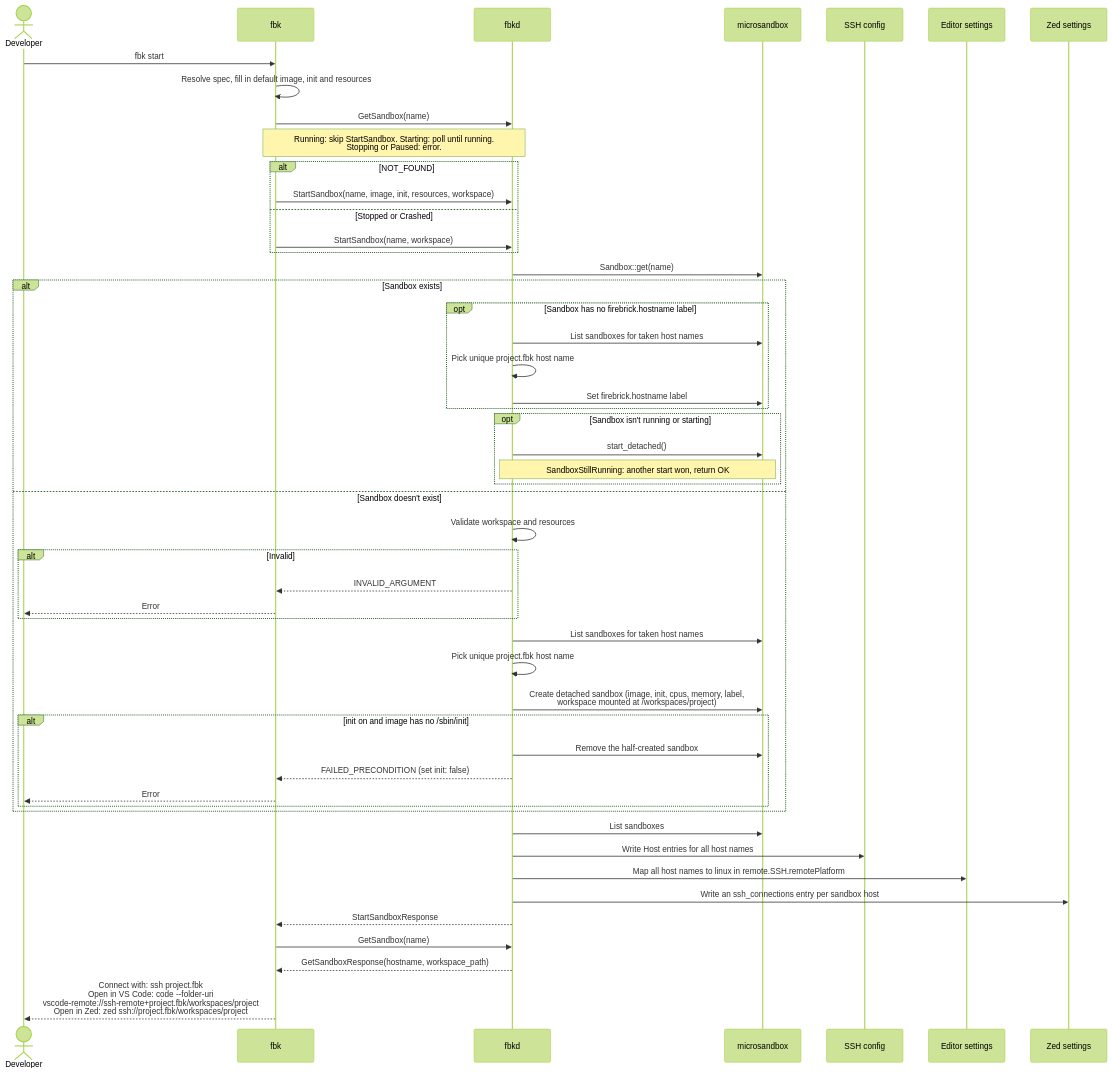
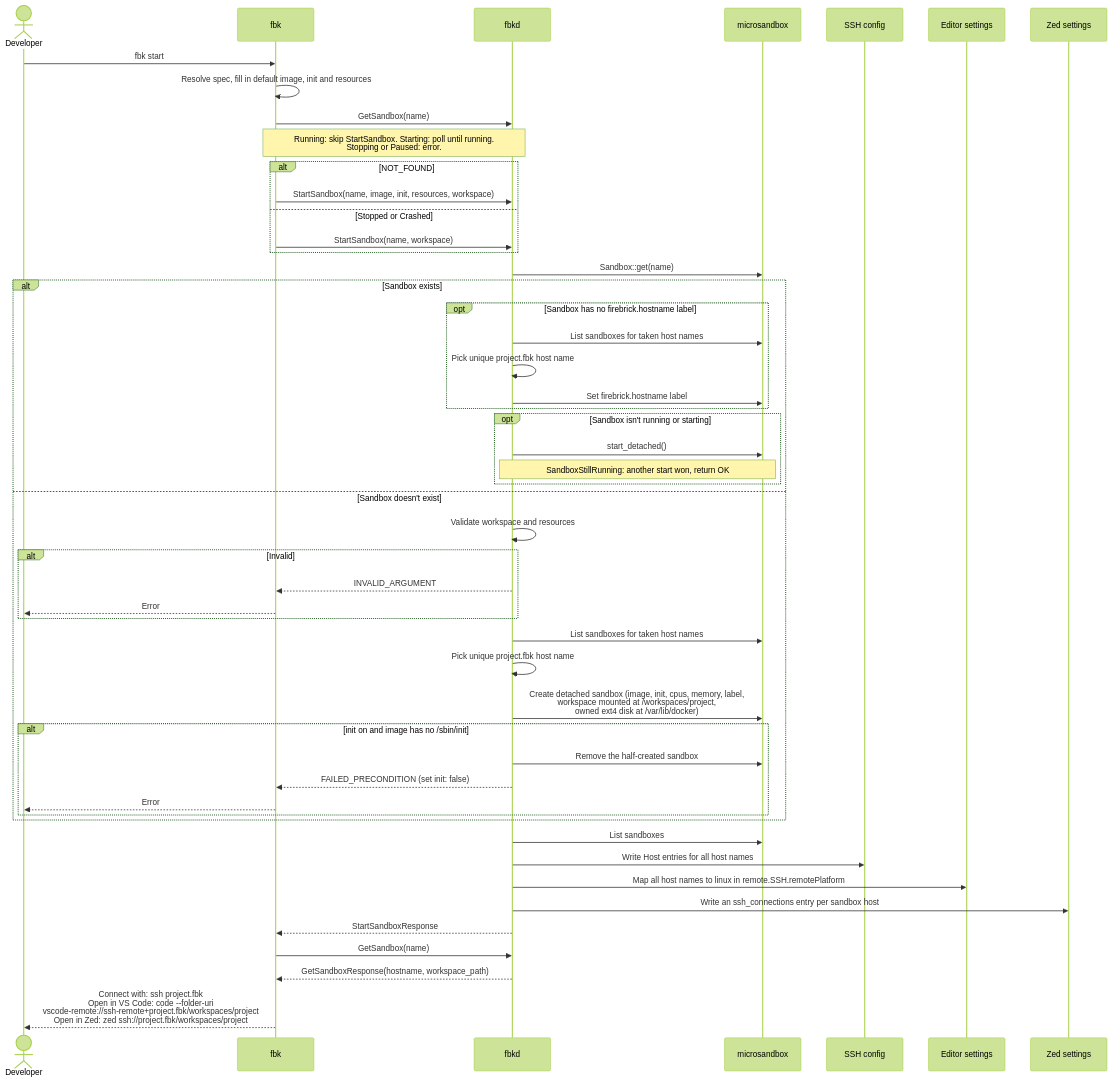
Before and after one commit to wmeints/anvil: the fourth of 6 diagrams in docs/architecture/06-runtime-view.md, drawn with Mermaid (forest theme). The commit also changed 12 other files, not shown here.

First line of the commit message:
feat(daemon): give every sandbox a dedicated ext4 disk for /var/lib/docker

````diff
--- a/docs/architecture/06-runtime-view.md
+++ b/docs/architecture/06-runtime-view.md
@@ -201,56 +201,56 @@
 ```mermaid
 sequenceDiagram
     actor Dev as Developer
     participant CLI as fbk
     participant D as fbkd
     participant MS as microsandbox
     participant SSH as SSH config
     participant Ed as Editor settings
     participant Zed as Zed settings
 
     Dev->>CLI: fbk start
     CLI->>CLI: Resolve spec, fill in default image, init and resources
     CLI->>D: GetSandbox(name)
     Note over CLI,D: Running: skip StartSandbox. Starting: poll until running.<br/>Stopping or Paused: error.
     alt NOT_FOUND
         CLI->>D: StartSandbox(name, image, init, resources, workspace)
     else Stopped or Crashed
         CLI->>D: StartSandbox(name, workspace)
     end
     D->>MS: Sandbox::get(name)
 
     alt Sandbox exists
         opt Sandbox has no firebrick.hostname label
             D->>MS: List sandboxes for taken host names
             D->>D: Pick unique project.fbk host name
             D->>MS: Set firebrick.hostname label
         end
         opt Sandbox isn't running or starting
             D->>MS: start_detached()
             Note over D,MS: SandboxStillRunning: another start won, return OK
         end
     else Sandbox doesn't exist
         D->>D: Validate workspace and resources
         alt Invalid
             D-->>CLI: INVALID_ARGUMENT
             CLI-->>Dev: Error
         end
         D->>MS: List sandboxes for taken host names
         D->>D: Pick unique project.fbk host name
-        D->>MS: Create detached sandbox (image, init, cpus, memory, label,<br/>workspace mounted at /workspaces/project)
+        D->>MS: Create detached sandbox (image, init, cpus, memory, label,<br/>workspace mounted at /workspaces/project,<br/>owned ext4 disk at /var/lib/docker)
         alt init on and image has no /sbin/init
             D->>MS: Remove the half-created sandbox
             D-->>CLI: FAILED_PRECONDITION (set init: false)
             CLI-->>Dev: Error
         end
     end
 
     D->>MS: List sandboxes
     D->>SSH: Write Host entries for all host names
     D->>Ed: Map all host names to linux in remote.SSH.remotePlatform
     D->>Zed: Write an ssh_connections entry per sandbox host
     D-->>CLI: StartSandboxResponse
     CLI->>D: GetSandbox(name)
     D-->>CLI: GetSandboxResponse(hostname, workspace_path)
     CLI-->>Dev: Connect with: ssh project.fbk<br/>Open in VS Code: code --folder-uri<br/>vscode-remote://ssh-remote+project.fbk/workspaces/project<br/>Open in Zed: zed ssh://project.fbk/workspaces/project
 ```
````
